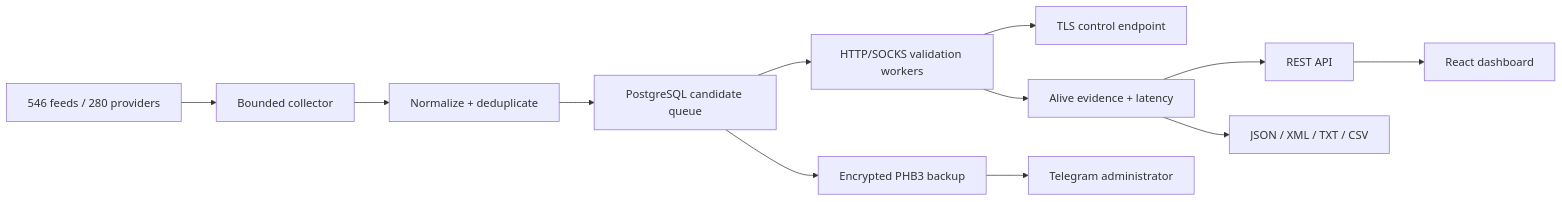
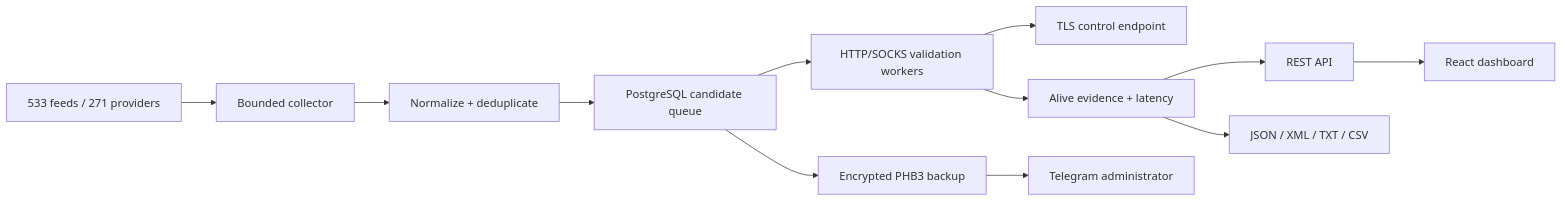
One commit to Xsenus/ProxyHarbor changed the diagram in README.md. Above: the diagram before and after it, drawn with Mermaid. The commit also changed other lines of this file and 22 other files, not shown here.

````diff
--- a/README.md
+++ b/README.md
@@ -48,14 +48,14 @@
 ```mermaid
 flowchart LR
-    A["546 feeds / 280 providers"] --> B["Bounded collector"]
+    A["533 feeds / 271 providers"] --> B["Bounded collector"]
     B --> C["Normalize + deduplicate"]
     C --> D["PostgreSQL candidate queue"]
     D --> E["HTTP/SOCKS validation workers"]
     E --> F["TLS control endpoint"]
     E --> G["Alive evidence + latency"]
     G --> H["REST API"]
     G --> I["JSON / XML / TXT / CSV"]
     H --> J["React dashboard"]
     D --> K["Encrypted PHB3 backup"]
     K --> L["Telegram administrator"]
 ```
````
